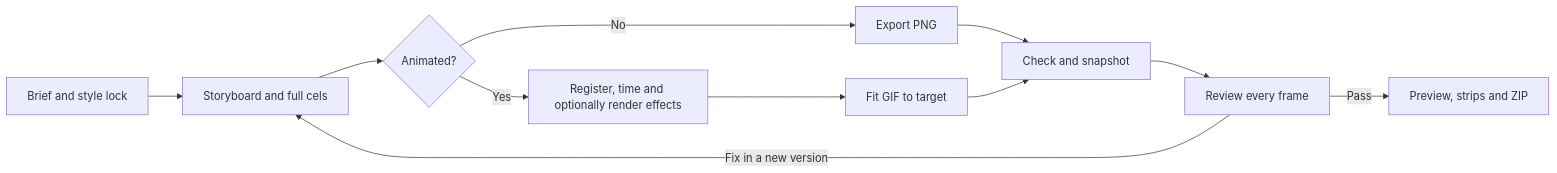
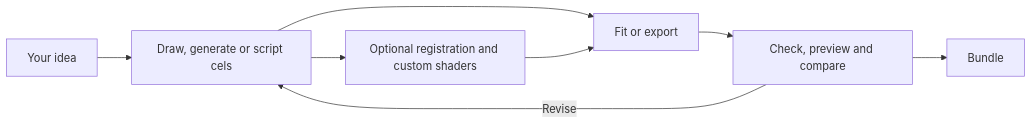
Before and after one commit to ppazosp/emoji-forge: the diagram in README.md, drawn with Mermaid. The commit also changed other lines of this file and 26 other files, not shown here.

````diff
--- a/README.md
+++ b/README.md
@@ -39,13 +38,10 @@
 ```mermaid
 flowchart LR
-    A[Brief and style lock] --> B[Storyboard and full cels]
-    B --> C{Animated?}
-    C -->|Yes| D[Register, time and optionally render effects]
-    C -->|No| E[Export PNG]
-    D --> F[Fit GIF to target]
-    E --> G[Check and snapshot]
-    F --> G
-    G --> H[Review every frame]
-    H -->|Fix in a new version| B
-    H -->|Pass| I[Preview, strips and ZIP]
+    A[Your idea] --> B[Draw, generate or script cels]
+    B --> C[Optional registration and custom shaders]
+    B --> D[Fit or export]
+    C --> D
+    D --> E[Check, preview and compare]
+    E -->|Revise| B
+    E --> F[Bundle]
 ```
````
